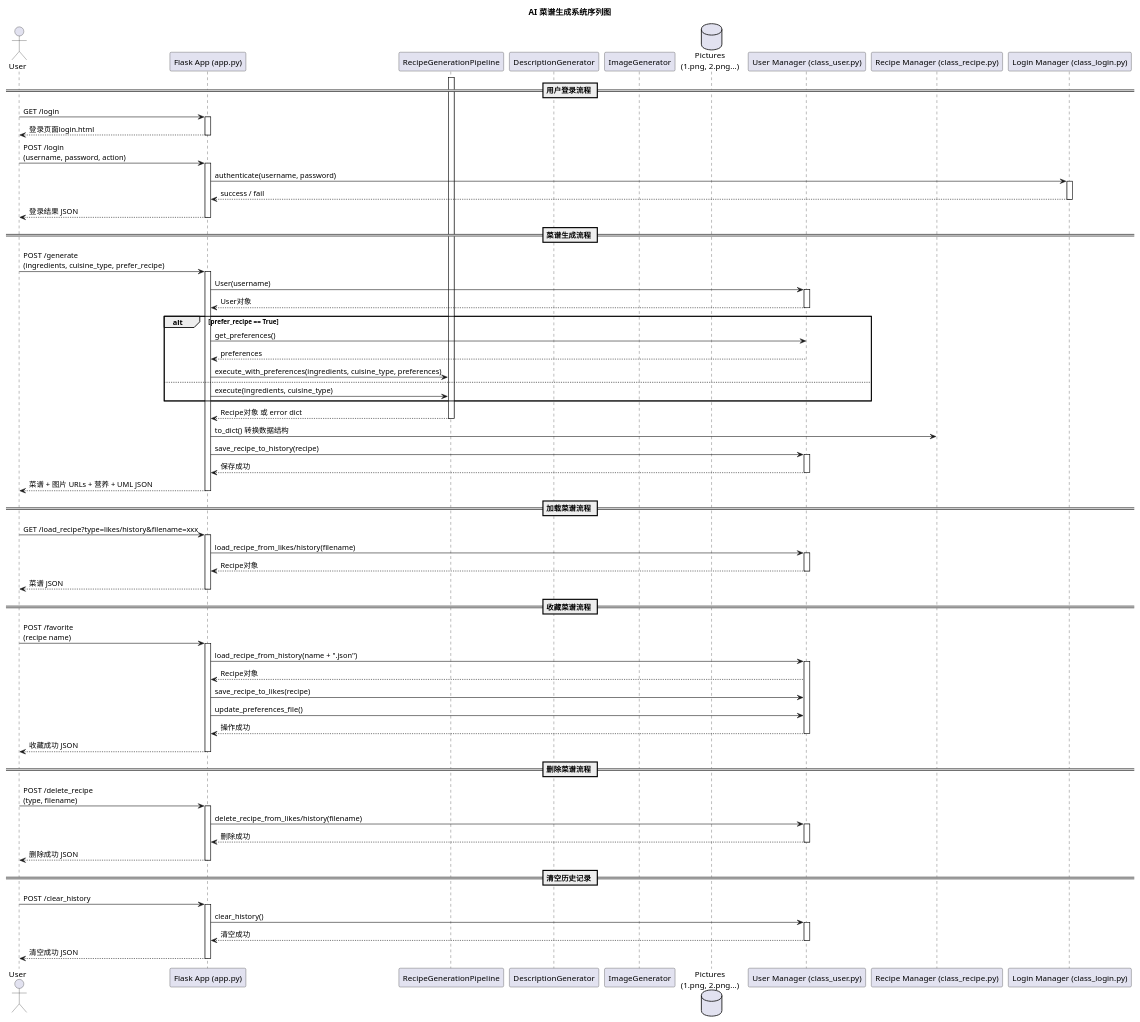
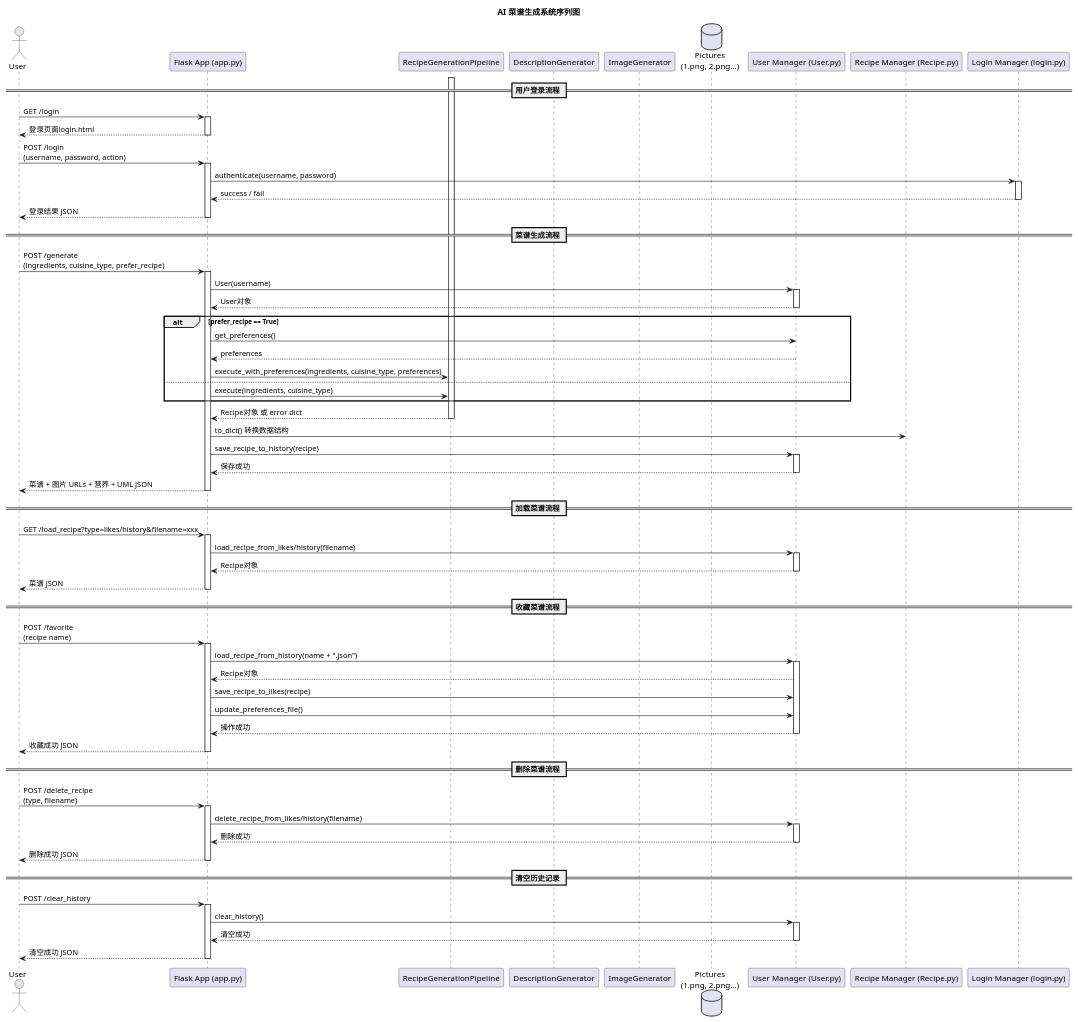
One commit to WuXiuyuansysu/se_homework changed the diagram in app/documents/umls_utils/sequence.puml. Above: the diagram before and after it, drawn with PlantUML. The commit also changed 13 other files, not shown here.

```diff
--- a/app/documents/umls_utils/sequence.puml
+++ b/app/documents/umls_utils/sequence.puml
@@ -1,101 +1,101 @@
 @startuml sequence
 
 title AI 菜谱生成系统序列图
 
 actor User as user
 participant "Flask App (app.py)" as app
 participant "RecipeGenerationPipeline" as pipeline
 participant "DescriptionGenerator" as desc_gen
 participant "ImageGenerator" as img_gen
 database "Pictures\n(1.png, 2.png...)" as pics
-participant "User Manager (class_user.py)" as user_mgr
-participant "Recipe Manager (class_recipe.py)" as recipe_mgr
-participant "Login Manager (class_login.py)" as login_mgr
+participant "User Manager (User.py)" as user_mgr
+participant "Recipe Manager (Recipe.py)" as recipe_mgr
+participant "Login Manager (login.py)" as login_mgr
 
 == 用户登录流程 ==
 user -> app : GET /login
 activate app
 app --> user : 登录页面login.html
 deactivate app
 
 user -> app : POST /login\n(username, password, action)
 activate app
 app -> login_mgr : authenticate(username, password)
 activate login_mgr
 login_mgr --> app : success / fail
 deactivate login_mgr
 app --> user : 登录结果 JSON
 deactivate app
 
 == 菜谱生成流程 ==
 user -> app : POST /generate\n(ingredients, cuisine_type, prefer_recipe)
 activate app
 app -> user_mgr : User(username)
 activate user_mgr
 user_mgr --> app : User对象
 deactivate user_mgr
 
 alt prefer_recipe == True
     app -> user_mgr : get_preferences()
     user_mgr --> app : preferences
     app -> pipeline : execute_with_preferences(ingredients, cuisine_type, preferences)
 else
     app -> pipeline : execute(ingredients, cuisine_type)
 end
 activate pipeline
 pipeline --> app : Recipe对象 或 error dict
 deactivate pipeline
 
 app -> recipe_mgr : to_dict() 转换数据结构
 app -> user_mgr : save_recipe_to_history(recipe)
 activate user_mgr
 user_mgr --> app : 保存成功
 deactivate user_mgr
 
 app --> user : 菜谱 + 图片 URLs + 营养 + UML JSON
 deactivate app
 
 == 加载菜谱流程 ==
 user -> app : GET /load_recipe?type=likes/history&filename=xxx
 activate app
 app -> user_mgr : load_recipe_from_likes/history(filename)
 activate user_mgr
 user_mgr --> app : Recipe对象
 deactivate user_mgr
 app --> user : 菜谱 JSON
 deactivate app
 
 == 收藏菜谱流程 ==
 user -> app : POST /favorite\n(recipe name)
 activate app
 app -> user_mgr : load_recipe_from_history(name + ".json")
 activate user_mgr
 user_mgr --> app : Recipe对象
 app -> user_mgr : save_recipe_to_likes(recipe)
 app -> user_mgr : update_preferences_file()
 user_mgr --> app : 操作成功
 deactivate user_mgr
 app --> user : 收藏成功 JSON
 deactivate app
 
 == 删除菜谱流程 ==
 user -> app : POST /delete_recipe\n(type, filename)
 activate app
 app -> user_mgr : delete_recipe_from_likes/history(filename)
 activate user_mgr
 user_mgr --> app : 删除成功
 deactivate user_mgr
 app --> user : 删除成功 JSON
 deactivate app
 
 == 清空历史记录 ==
 user -> app : POST /clear_history
 activate app
 app -> user_mgr : clear_history()
 activate user_mgr
 user_mgr --> app : 清空成功
 deactivate user_mgr
 app --> user : 清空成功 JSON
 deactivate app
 
 @enduml
```
